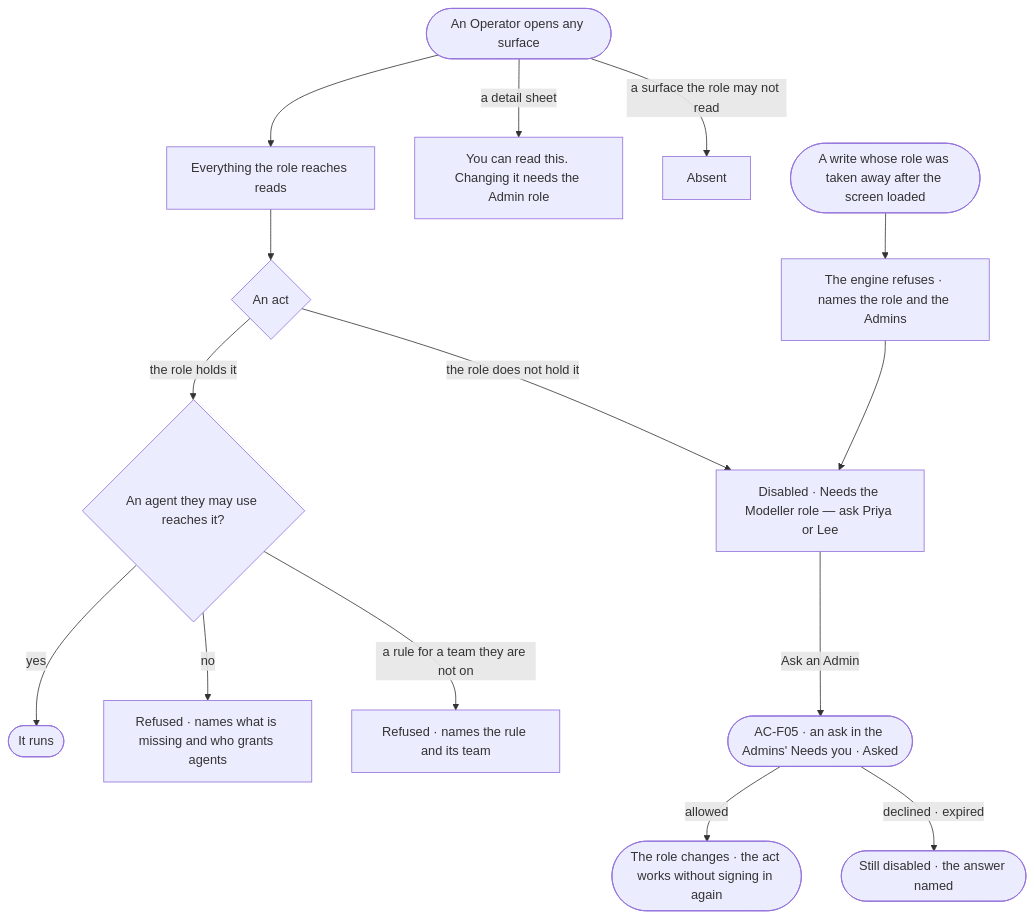
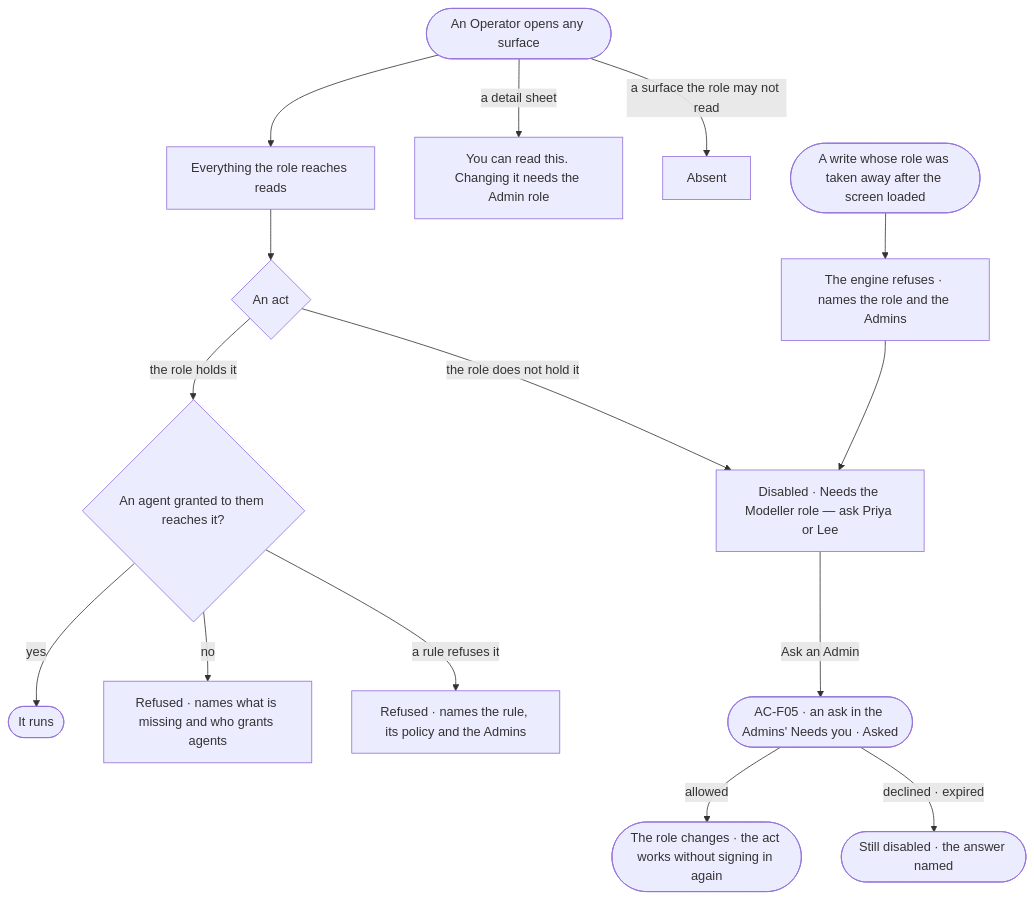
One commit to invana/invana changed the diagram in specs/os/access/features/AC-F02-access-policies/stories/AC-07-read-without-the-role-and-know-who-to-ask/story.md. Above: the diagram before and after it, drawn with Mermaid. The commit also changed other lines of this file and 300 other files, not shown here.

````diff
--- a/specs/os/access/features/AC-F02-access-policies/stories/AC-07-read-without-the-role-and-know-who-to-ask/story.md
+++ b/specs/os/access/features/AC-F02-access-policies/stories/AC-07-read-without-the-role-and-know-who-to-ask/story.md
@@ -26,16 +26,16 @@
 ```mermaid
 flowchart TD
   o([An Operator opens any surface]) --> r["Everything the role reaches reads"]
   r --> a{"An act"}
-  a -->|the role holds it| u{"An agent they may use reaches it?"}
+  a -->|the role holds it| u{"An agent granted to them reaches it?"}
   u -->|yes| d(["It runs"])
   u -->|no| na["Refused · names what is missing and who grants agents"]
-  u -->|a rule for a team they are not on| tn["Refused · names the rule and its team"]
+  u -->|a rule refuses it| tn["Refused · names the rule, its policy and the Admins"]
   a -->|the role does not hold it| x["Disabled · Needs the Modeller role — ask Priya or Lee"]
   x -->|Ask an Admin| inb(["AC-F05 · an ask in the Admins' Needs you · Asked"])
   inb -->|allowed| g(["The role changes · the act works without signing in again"])
   inb -->|declined · expired| d2(["Still disabled · the answer named"])
   o -->|a detail sheet| ro["You can read this. Changing it needs the Admin role"]
   o -->|a surface the role may not read| ab["Absent"]
   w([A write whose role was taken away after the screen loaded]) --> e["The engine refuses · names the role and the Admins"] --> x
 ```
````
